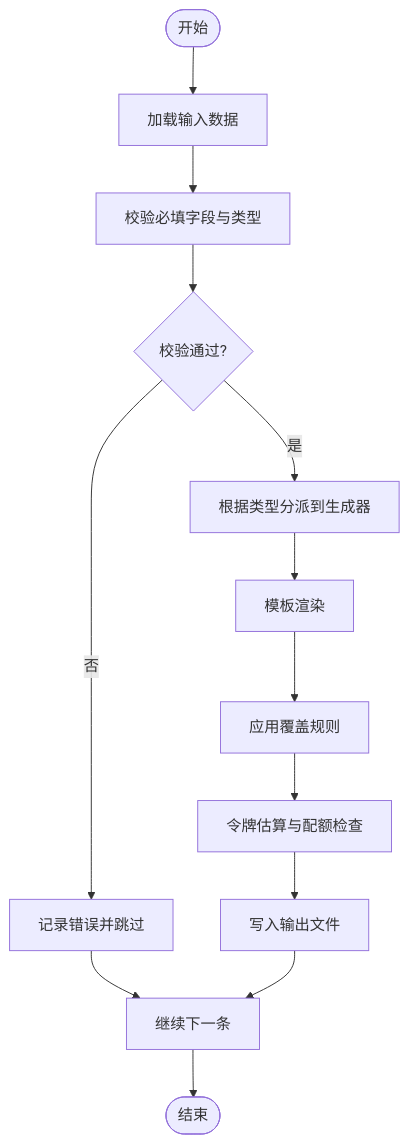
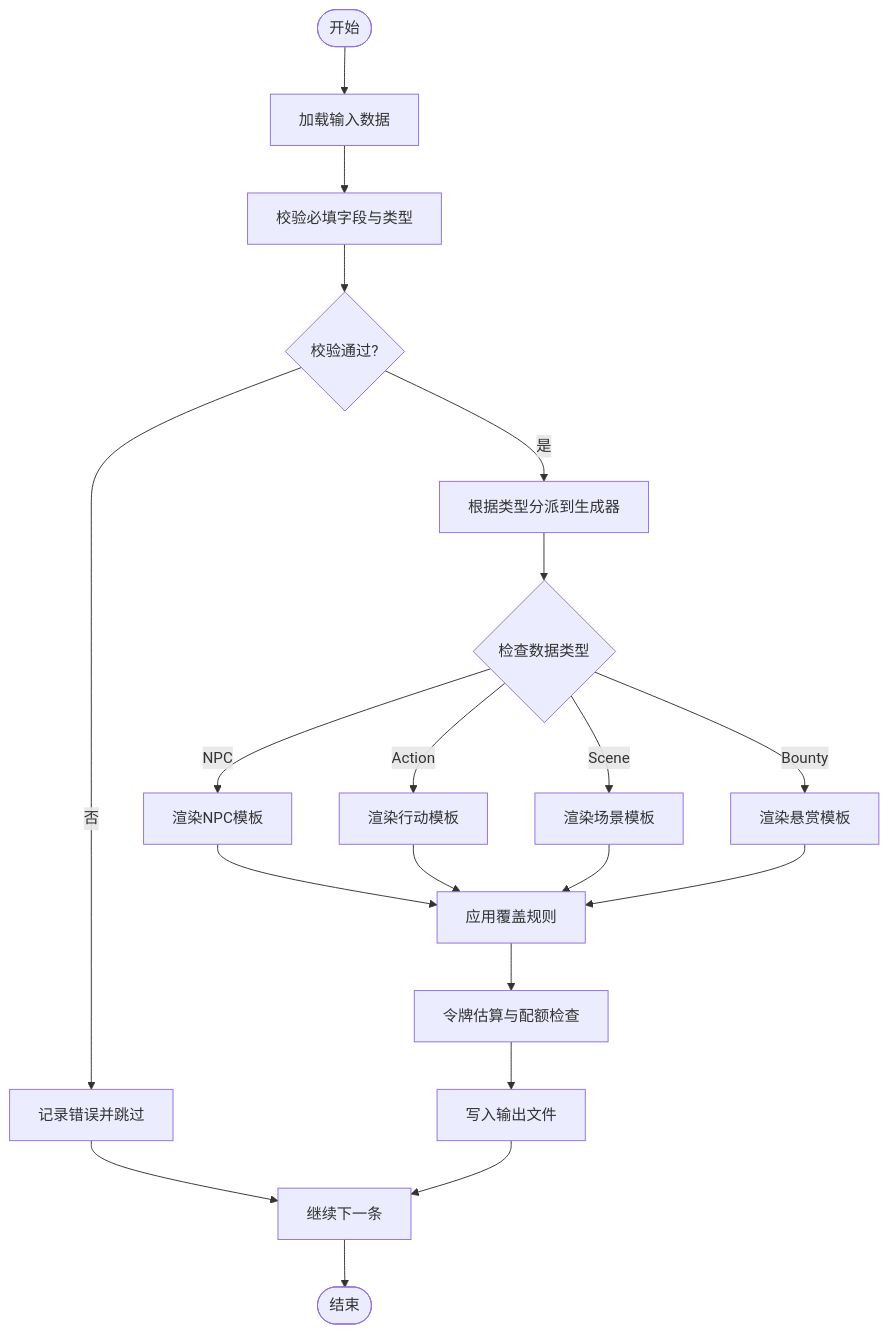
One commit to Ji-Haitang/char_card_1 changed the fourth of 4 diagrams in .qoder/repowiki/zh/content/开发工具/提示词数据生成工具.md. Above: the diagram before and after it, drawn with Mermaid. The commit also changed other lines of this file and 45 other files, not shown here.

````diff
--- a/.qoder/repowiki/zh/content/开发工具/提示词数据生成工具.md
+++ b/.qoder/repowiki/zh/content/开发工具/提示词数据生成工具.md
@@ -451,15 +493,22 @@
 ```mermaid
 flowchart TD
 Start(["开始"]) --> LoadInput["加载输入数据"]
 LoadInput --> Validate["校验必填字段与类型"]
 Validate --> Valid{"校验通过?"}
 Valid --> |否| LogError["记录错误并跳过"]
 Valid --> |是| Dispatch["根据类型分派到生成器"]
-Dispatch --> Render["模板渲染"]
-Render --> Override["应用覆盖规则"]
+Dispatch --> CheckType{"检查数据类型"}
+CheckType --> |NPC| RenderNPC["渲染NPC模板"]
+CheckType --> |Action| RenderAction["渲染行动模板"]
+CheckType --> |Scene| RenderScene["渲染场景模板"]
+CheckType --> |Bounty| RenderBounty["渲染悬赏模板"]
+RenderNPC --> Override["应用覆盖规则"]
+RenderAction --> Override
+RenderScene --> Override
+RenderBounty --> Override
 Override --> Tokenize["令牌估算与配额检查"]
 Tokenize --> Output["写入输出文件"]
 LogError --> Next["继续下一条"]
 Output --> Next
 Next --> End(["结束"])
 ```
````
